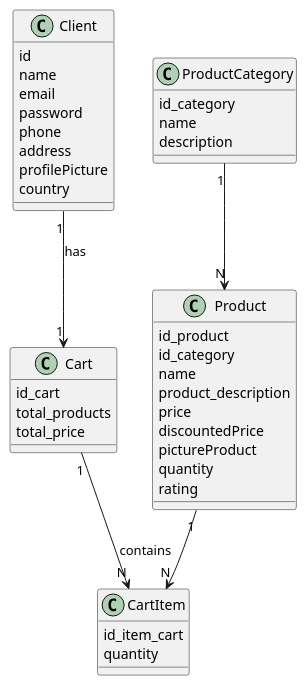
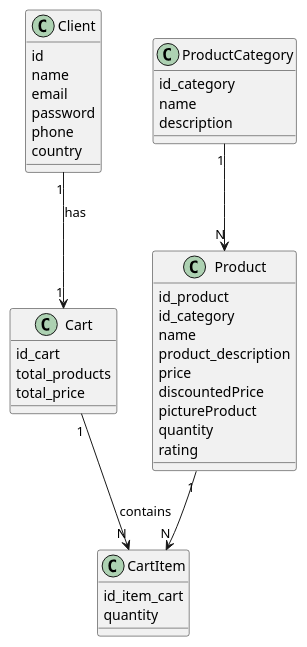
Before and after one commit to VetLine-CIPFPMislata/store-back: the diagram in src/main/java/org/example/storeback/UML/EntityRelationsFinal.puml, drawn with PlantUML. The commit also changed 4 other files, not shown here.

```diff
--- a/src/main/java/org/example/storeback/UML/EntityRelationsFinal.puml
+++ b/src/main/java/org/example/storeback/UML/EntityRelationsFinal.puml
@@ -1,61 +1,59 @@
 @startuml
 
 ' =======================
 '       ENTIDADES
 ' =======================
 
 
 
 class Client {
     id
     name
     email
     password
     phone
-    address
-    profilePicture
     country
 }
 
 class Cart {
     id_cart
     total_products
     total_price
 }
 
 class CartItem {
     id_item_cart
     quantity
 }
 
 class Product {
     id_product
     id_category
     name
     product_description
     price
     discountedPrice
     pictureProduct
     quantity
     rating
 }
 
 class ProductCategory {
     id_category
     name
     description
 }
 
 ' =======================
 '      RELACIONES
 ' =======================
 
 Client "1" --> "1" Cart : has
 
 
 Cart "1" --> "N" CartItem : contains
 Product "1" --> "N" CartItem
 
 ProductCategory "1" --> "N" Product
 
 @enduml
```
